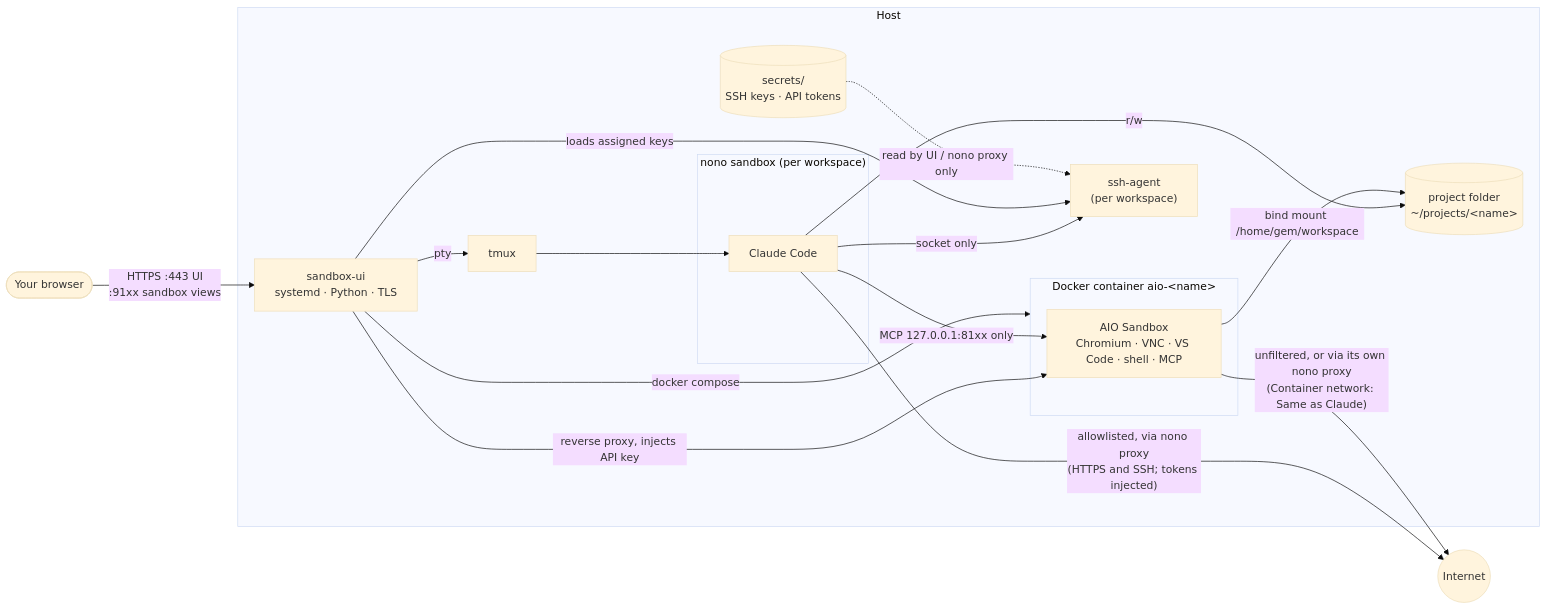
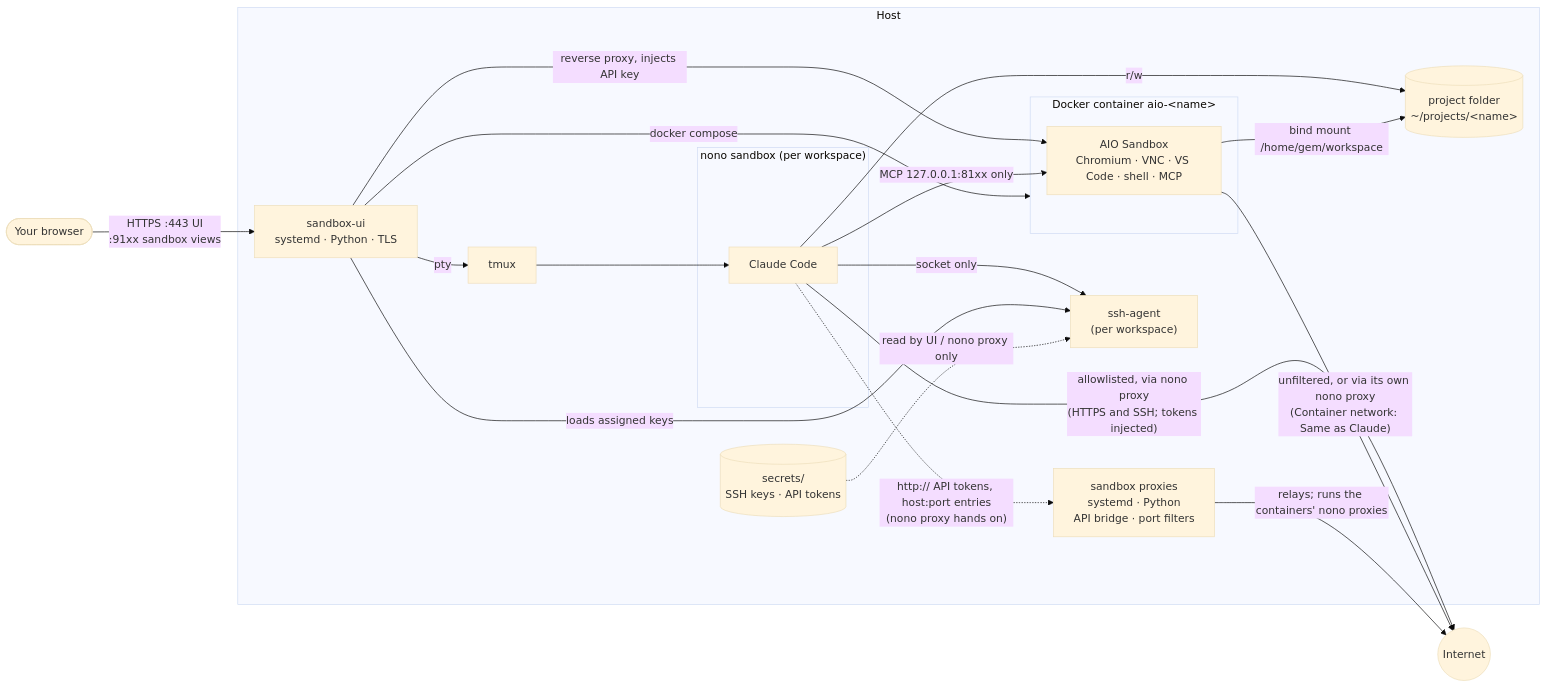
The diagram in README.md (metahertz/agent-sandboxes), drawn with Mermaid (base theme) before and after one commit. The commit also changed other lines of this file and 8 other files, not shown here.

First line of the commit message:
Split the network proxies out of the UI into agent-sandboxes-proxy

````diff
--- a/README.md
+++ b/README.md
@@ -12,32 +12,35 @@
 ```mermaid
 flowchart LR
   user([Your browser])
 
   subgraph host[Host]
     ui["sandbox-ui<br/>systemd · Python · TLS"]
+    proxyd["sandbox proxies<br/>systemd · Python<br/>API bridge · port filters"]
     tmux["tmux"]
     subgraph nono["nono sandbox (per workspace)"]
       claude["Claude Code"]
     end
     proj[("project folder<br/>~/projects/&lt;name&gt;")]
     agent["ssh-agent<br/>(per workspace)"]
     pool[("secrets/<br/>SSH keys · API tokens")]
     subgraph docker["Docker container aio-&lt;name&gt;"]
       aio["AIO Sandbox<br/>Chromium · VNC · VS Code · shell · MCP"]
     end
   end
   net((Internet))
 
   user -- "HTTPS :443 UI<br/>:91xx sandbox views" --> ui
   ui -- "pty" --> tmux --> claude
   ui -- "docker compose" --> docker
   ui -- "reverse proxy, injects API key" --> aio
   claude -- "MCP 127.0.0.1:81xx only" --> aio
   claude -- "r/w" --> proj
   aio -- "bind mount /home/gem/workspace" --> proj
   claude -- "allowlisted, via nono proxy<br/>(HTTPS and SSH; tokens injected)" --> net
   claude -- "socket only" --> agent
   ui -- "loads assigned keys" --> agent
   pool -. "read by UI / nono proxy only" .-> agent
   aio -- "unfiltered, or via its own nono proxy<br/>(Container network: Same as Claude)" --> net
+  claude -. "http:// API tokens, host:port entries<br/>(nono proxy hands on)" .-> proxyd
+  proxyd -- "relays; runs the containers' nono proxies" --> net
 ```
````
